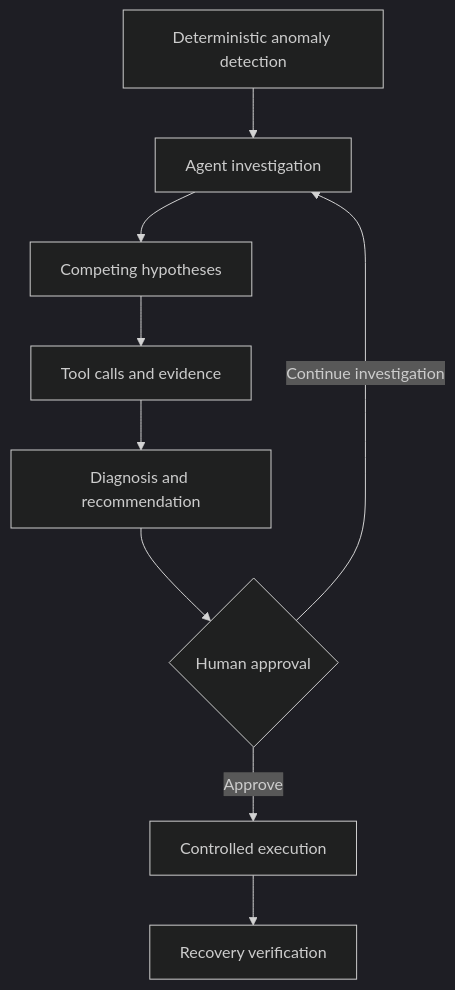
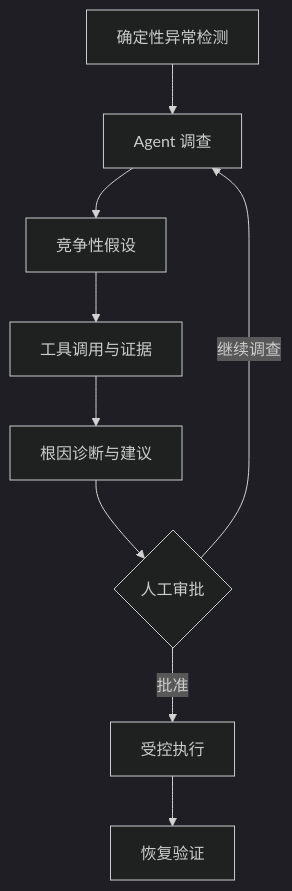
One commit to Eason4real/releaseguard-ai changed the first of 2 diagrams in README.md. Above: the diagram before and after it, drawn with Mermaid (dark theme). The commit also changed other lines of this file and 4 other files, not shown here.

````diff
--- a/README.md
+++ b/README.md
@@ -27,11 +29,11 @@
 ```mermaid
 flowchart TD
-    A[Deterministic anomaly detection] --> B[Agent investigation]
-    B --> C[Competing hypotheses]
-    C --> D[Tool calls and evidence]
-    D --> E[Diagnosis and recommendation]
-    E --> F{Human approval}
-    F -->|Continue investigation| B
-    F -->|Approve| G[Controlled execution]
-    G --> H[Recovery verification]
+    A[确定性异常检测] --> B[Agent 调查]
+    B --> C[竞争性假设]
+    C --> D[工具调用与证据]
+    D --> E[根因诊断与建议]
+    E --> F{人工审批}
+    F -->|继续调查| B
+    F -->|批准| G[受控执行]
+    G --> H[恢复验证]
 ```
````
